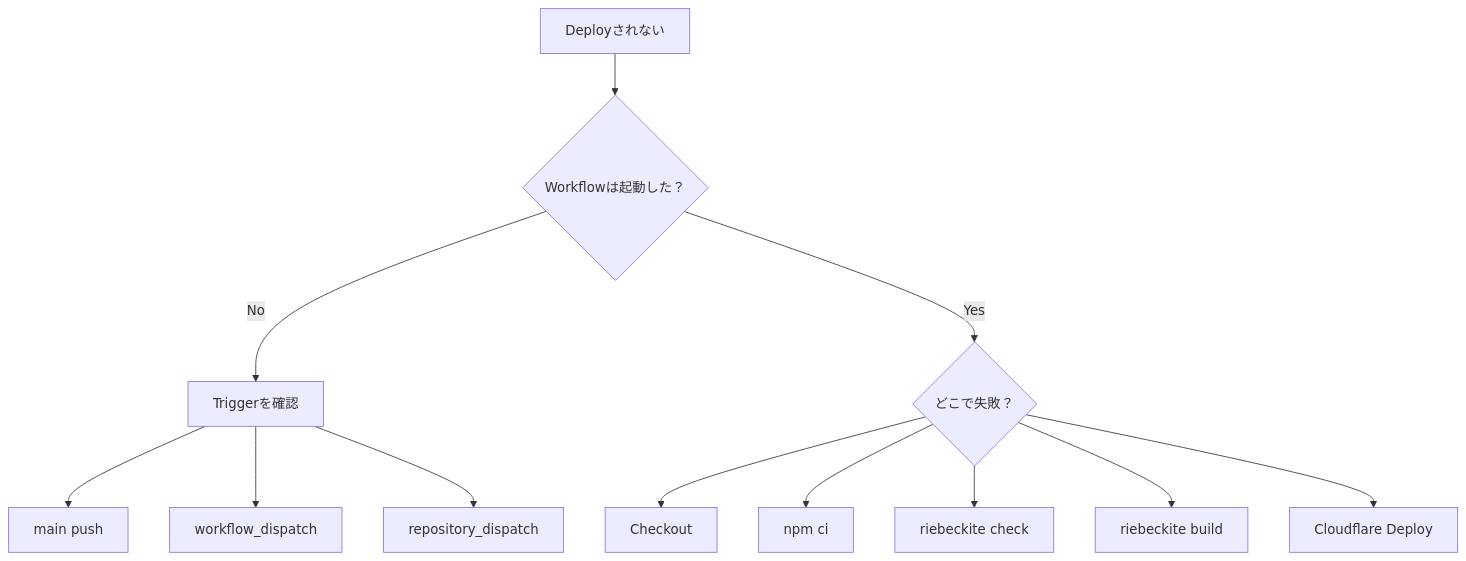
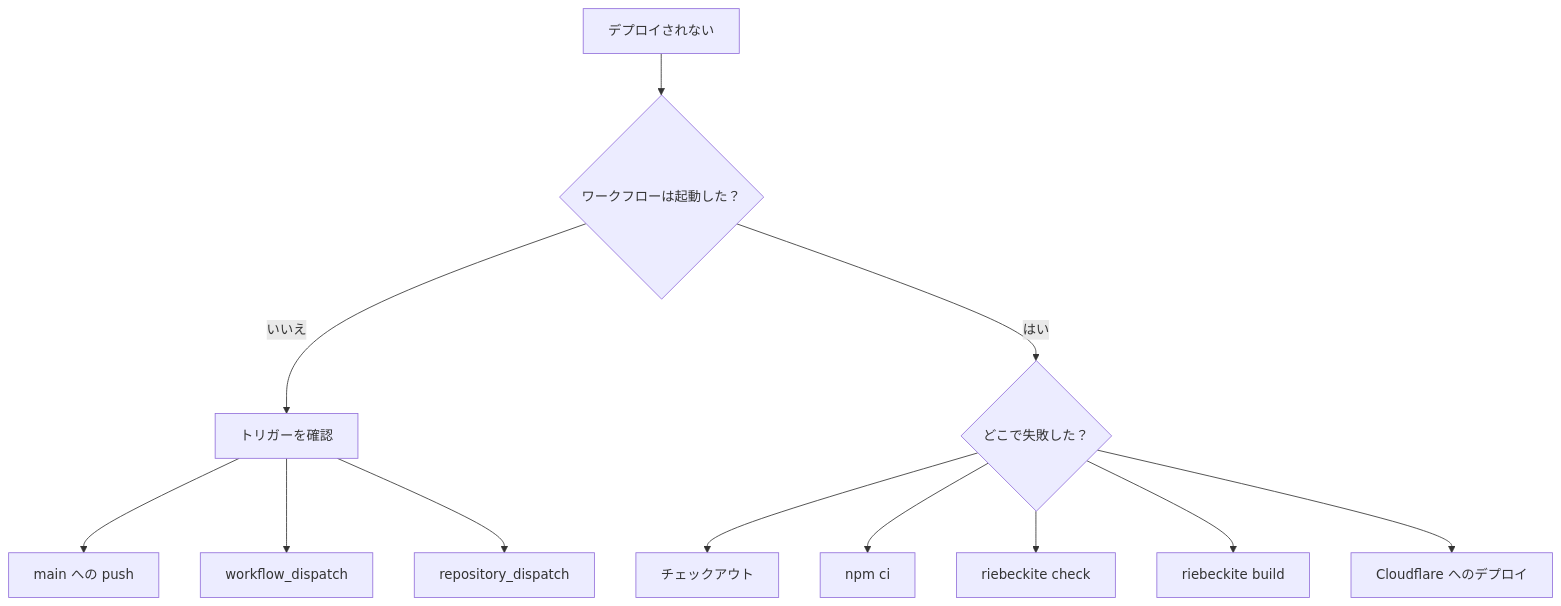
Diagram 11 of 11 in docs/docs/guides/deployment/github-actions.ja.md (Rerurate514/riebeckite), drawn with Mermaid before and after one commit. The commit also changed other lines of this file and 310 other files, not shown here.

````diff
--- a/docs/docs/guides/deployment/github-actions.ja.md
+++ b/docs/docs/guides/deployment/github-actions.ja.md
@@ -730,19 +657,19 @@
 ```mermaid id="o5l9js"
 flowchart TD
-    Problem["Deployされない"]
+    Problem["デプロイされない"]
 
-    Problem --> Started{"Workflowは起動した？"}
+    Problem --> Started{"ワークフローは起動した？"}
 
-    Started -->|"No"| Trigger["Triggerを確認"]
-    Started -->|"Yes"| Failed{"どこで失敗？"}
+    Started -->|"いいえ"| Trigger["トリガーを確認"]
+    Started -->|"はい"| Failed{"どこで失敗した？"}
 
-    Trigger --> Push["main push"]
+    Trigger --> Push["main への push"]
     Trigger --> Manual["workflow_dispatch"]
     Trigger --> Dispatch["repository_dispatch"]
 
-    Failed --> Checkout["Checkout"]
+    Failed --> Checkout["チェックアウト"]
     Failed --> Install["npm ci"]
     Failed --> Check["riebeckite check"]
     Failed --> Build["riebeckite build"]
-    Failed --> Deploy["Cloudflare Deploy"]
+    Failed --> Deploy["Cloudflare へのデプロイ"]
 ```
````
